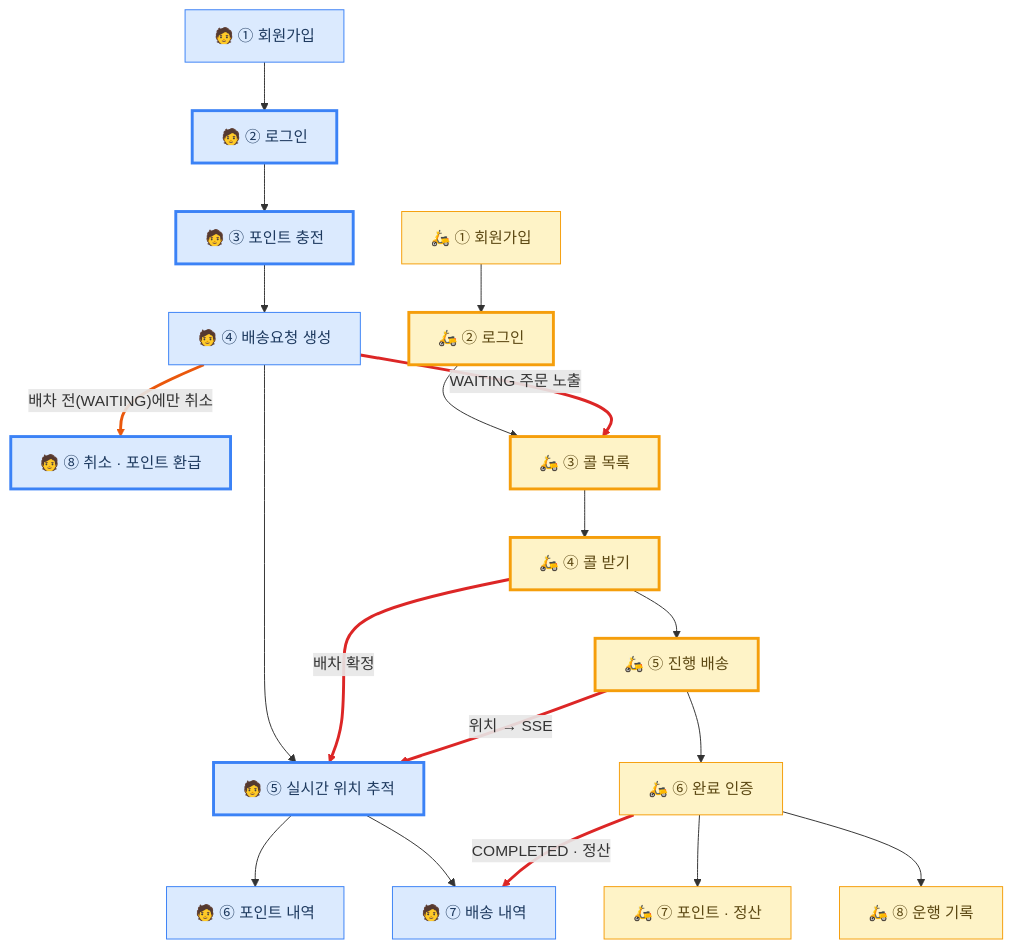
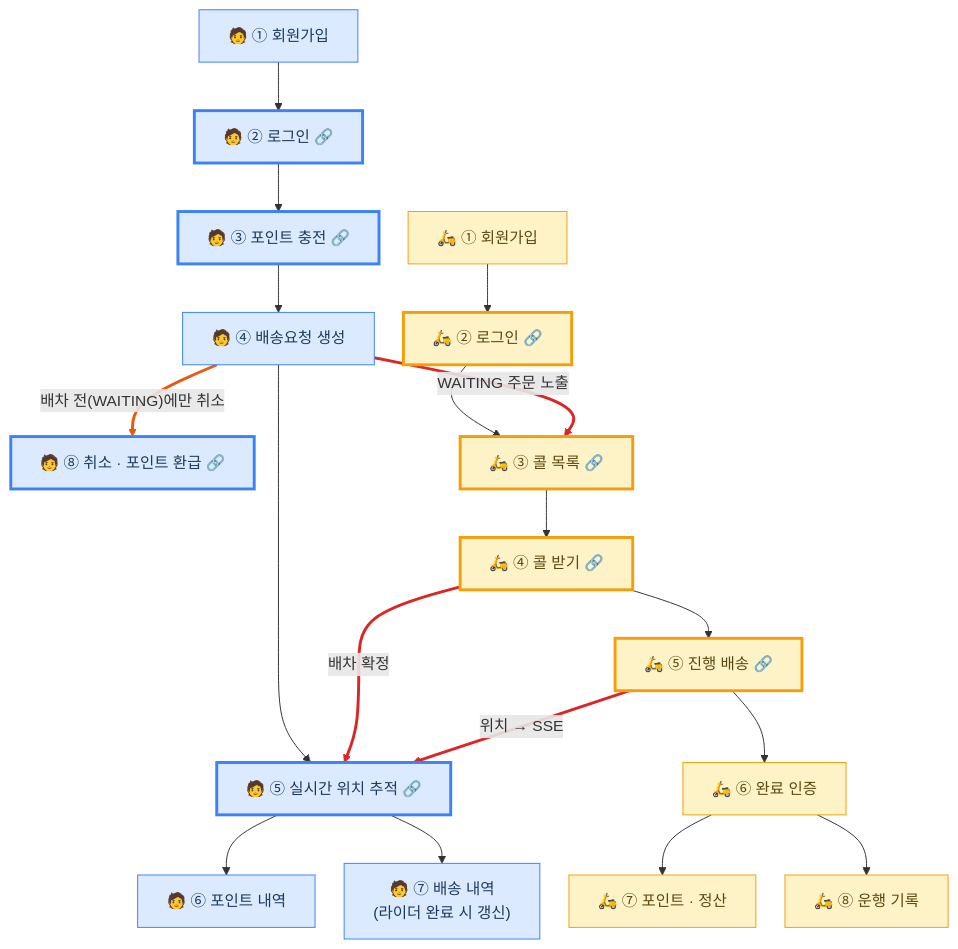
Before and after one commit to softeerbootcamp-8th/WEB-Team7-Turkey: the diagram in README.md, drawn with Mermaid. The commit also changed other lines of this file, not shown here.

Commit message:
docs: README 사용자 흐름도 하단 행 정렬 및 CORE 링크 표시 개선 (#573)
* docs: 사용자 흐름도 하단 행 정렬 보정, CORE 위키 링크 노드에 🔗 표시 추가

Claude-Session: https://claude.ai/code/session_01NicajBR4ijyR3PYSFtFeUF

* docs: 완료 인증→배송 내역 화살표를 노드 내 텍스트로 대체해 하단 행 밀림 제거

Claude-Session: https://claude.ai/code/session_01NicajBR4ijyR3PYSFtFeUF

---------

````diff
--- a/README.md
+++ b/README.md
@@ -41,34 +41,34 @@
 ```mermaid
+%%{init: {'flowchart': {'nodeSpacing': 30}}}%%
 flowchart TB
-    C1["🧑 ① 회원가입"] --> C2["🧑 ② 로그인"] --> C3["🧑 ③ 포인트 충전"] --> C4["🧑 ④ 배송요청 생성"] --> C5["🧑 ⑤ 실시간 위치 추적"]
-    C4 -->|"배차 전(WAITING)에만 취소"| C8["🧑 ⑧ 취소 · 포인트 환급"]
+    C1["🧑 ① 회원가입"] --> C2["🧑 ② 로그인 🔗"] --> C3["🧑 ③ 포인트 충전 🔗"] --> C4["🧑 ④ 배송요청 생성"] --> C5["🧑 ⑤ 실시간 위치 추적 🔗"]
+    C4 -->|"배차 전(WAITING)에만 취소"| C8["🧑 ⑧ 취소 · 포인트 환급 🔗"]
     C5 --> C6["🧑 ⑥ 포인트 내역"]
-    C5 --> C7["🧑 ⑦ 배송 내역"]
+    C5 --> C7["🧑 ⑦ 배송 내역<br/>(라이더 완료 시 갱신)"]
 
-    R1["🛵 ① 회원가입"] --> R2["🛵 ② 로그인"] --> R3["🛵 ③ 콜 목록"] --> R4["🛵 ④ 콜 받기"] --> R5["🛵 ⑤ 진행 배송"] --> R6["🛵 ⑥ 완료 인증"]
+    R1["🛵 ① 회원가입"] --> R2["🛵 ② 로그인 🔗"] --> R3["🛵 ③ 콜 목록 🔗"] --> R4["🛵 ④ 콜 받기 🔗"] --> R5["🛵 ⑤ 진행 배송 🔗"] --> R6["🛵 ⑥ 완료 인증"]
     R6 --> R7["🛵 ⑦ 포인트 · 정산"]
     R6 --> R8["🛵 ⑧ 운행 기록"]
 
     C4 -->|"WAITING 주문 노출"| R3
     R4 -->|"배차 확정"| C5
     R5 -->|"위치 → SSE"| C5
-    R6 -->|"COMPLETED · 정산"| C7
 
     click C2 href "https://github.com/softeerbootcamp-8th/WEB-Team7-Turkey/wiki/CORE-쿠키-세션-인증방식" "CORE 쿠키-세션 인증방식"
     click R2 href "https://github.com/softeerbootcamp-8th/WEB-Team7-Turkey/wiki/CORE-쿠키-세션-인증방식" "CORE 쿠키-세션 인증방식"
     click C3 href "https://github.com/softeerbootcamp-8th/WEB-Team7-Turkey/wiki/CORE-결제-정합성" "CORE 결제 정합성"
     click C8 href "https://github.com/softeerbootcamp-8th/WEB-Team7-Turkey/wiki/CORE-주문-취소" "CORE 주문 취소"
     click C5 href "https://github.com/softeerbootcamp-8th/WEB-Team7-Turkey/wiki/CORE-실시간-위치-추적" "CORE 실시간 위치 추적"
     click R3 href "https://github.com/softeerbootcamp-8th/WEB-Team7-Turkey/wiki/CORE-콜-목록-조회" "CORE 콜 목록 조회"
     click R4 href "https://github.com/softeerbootcamp-8th/WEB-Team7-Turkey/wiki/CORE-배차-수락" "CORE 배차 수락"
     click R5 href "https://github.com/softeerbootcamp-8th/WEB-Team7-Turkey/wiki/CORE-배송-상태-전이" "CORE 배송 상태 전이"
 
     classDef cus fill:#dbeafe,stroke:#3b82f6,color:#1e3a5f
     classDef rid fill:#fef3c7,stroke:#f59e0b,color:#5c4813
     classDef core stroke-width:3px
     class C1,C2,C3,C4,C5,C6,C7,C8 cus
     class R1,R2,R3,R4,R5,R6,R7,R8 rid
     class C2,C3,C5,C8,R2,R3,R4,R5 core
-    linkStyle 14,15,16,17 stroke:#dc2626,stroke-width:3px
+    linkStyle 14,15,16 stroke:#dc2626,stroke-width:3px
     linkStyle 4 stroke:#ea580c,stroke-width:3px
 ```
````
